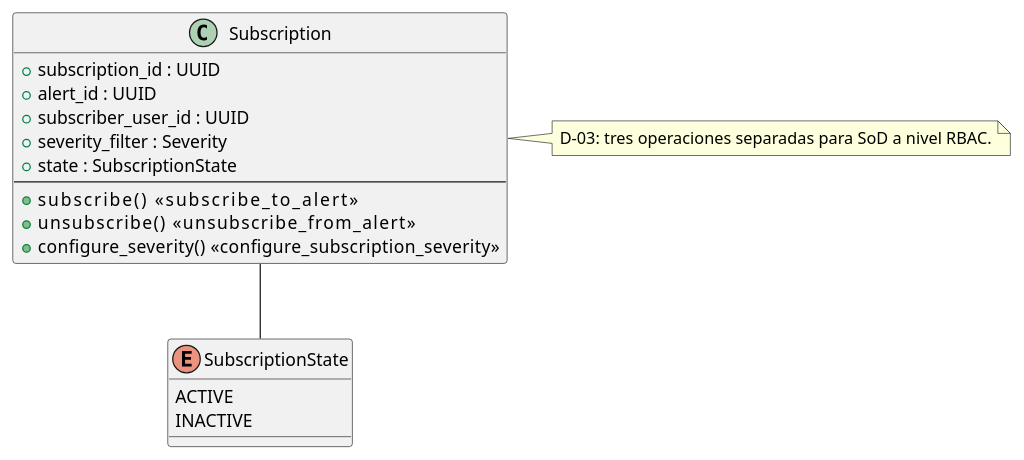
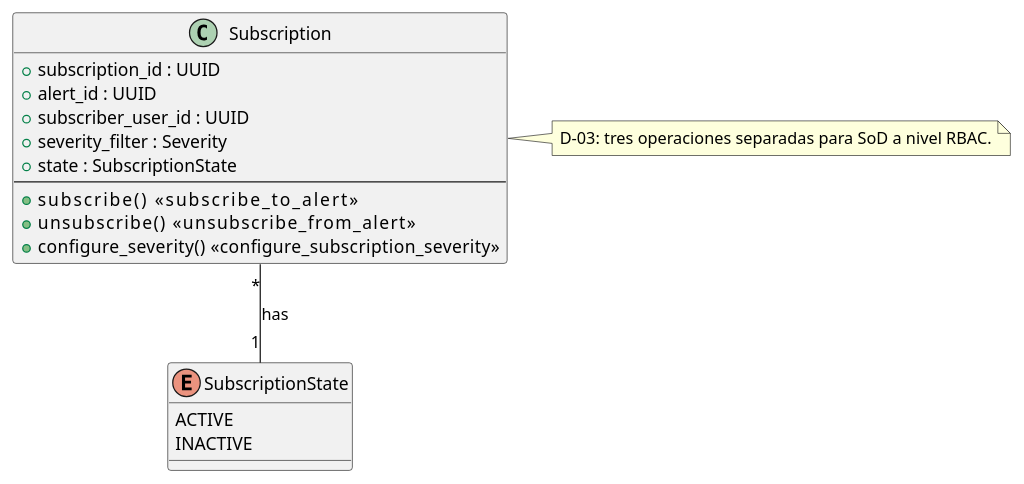
One commit to jcg-admin/IACT-docs changed the diagram in source/arquitectura-tecnica/domain-model/subscription.rst. Above: the diagram before and after it, drawn with PlantUML. The commit also changed 27 other files, not shown here.

First line of the commit message:
Apply UML rigor pass batch 2: Audit + Alerts + RBAC repos

```diff
--- a/source/arquitectura-tecnica/domain-model/subscription.rst
+++ b/source/arquitectura-tecnica/domain-model/subscription.rst
@@ -25,29 +25,29 @@
 .. uml::
  :caption: Clase Subscription — suscripcion de usuario a alerta.
 
  @startuml
 
  class Subscription {
    + subscription_id : UUID
    + alert_id : UUID
    + subscriber_user_id : UUID
    + severity_filter : Severity
    + state : SubscriptionState
    --
    + subscribe()              <<subscribe_to_alert>>
    + unsubscribe()            <<unsubscribe_from_alert>>
    + configure_severity()     <<configure_subscription_severity>>
  }
 
  enum SubscriptionState {
    ACTIVE
    INACTIVE
  }
 
- Subscription -- SubscriptionState
+ Subscription "*" -- "1" SubscriptionState : has
 
  note right of Subscription
    D-03: tres operaciones separadas para SoD a nivel RBAC.
  end note
 
  @enduml
```
